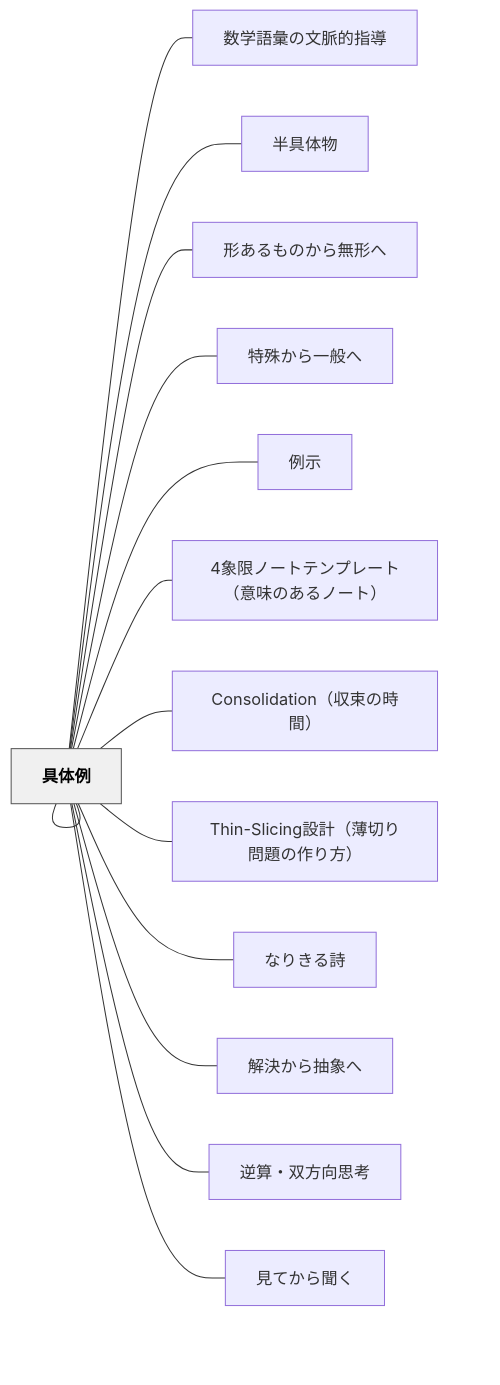
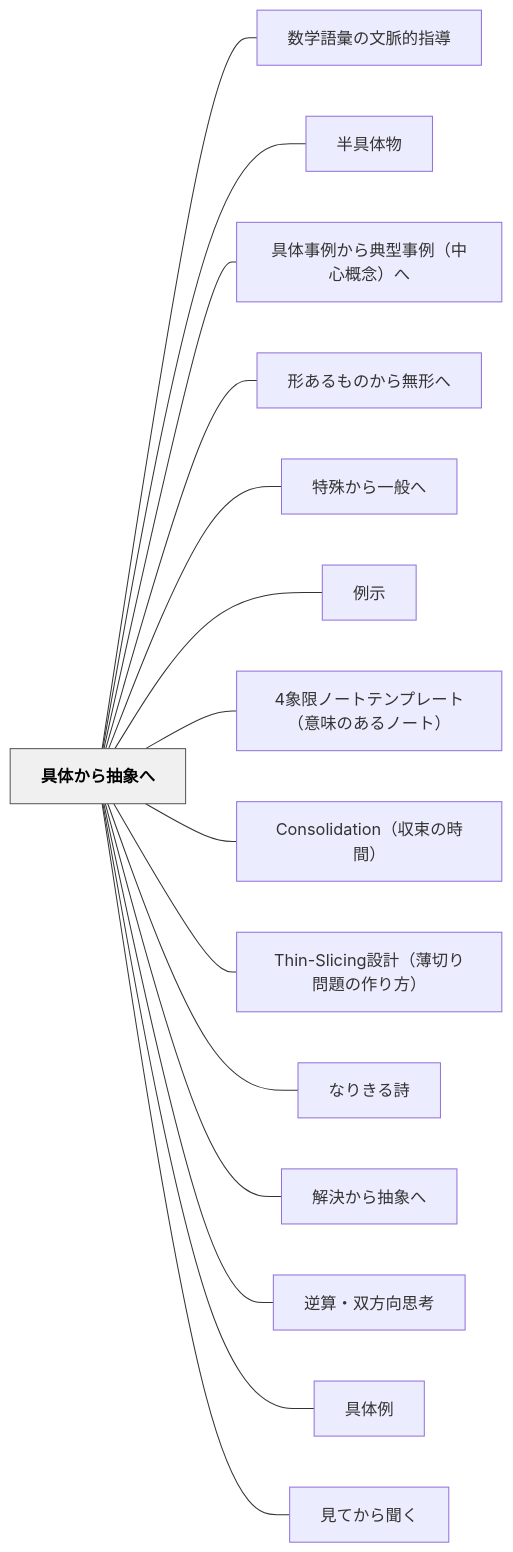
Before and after one commit to unknownthings-ed-patterns/unknownthings-ed-patterns: the diagram in content/パタン/具体から抽象へ.md, drawn with Mermaid. The commit also changed 527 other files, not shown here.

````diff
--- a/content/パタン/具体から抽象へ.md
+++ b/content/パタン/具体から抽象へ.md
@@ -45,36 +45,36 @@
 ```mermaid
 flowchart LR
-    ne585b7e4bd93["具体から抽象へ"]
-    ne695b0e5ada6["数学語彙の文脈的指導"]
-    ne58d8ae585b7["半具体物"]
-    ne585b7e4bd93["具体事例から典型事例（中心概念）へ"]
-    ne5bda2e38182["形あるものから無形へ"]
-    ne789b9e6ae8a["特殊から一般へ"]
+    ne585b7e4bd93e3818be38289e68abde8b1a1e381b8["具体から抽象へ"]
+    ne695b0e5ada6e8aa9ee5bd99e381aee69687e88488e79a84e68c87e5b08e["数学語彙の文脈的指導"]
+    ne58d8ae585b7e4bd93e789a9["半具体物"]
+    ne585b7e4bd93e4ba8be4be8be3818be38289e585b8e59e8be4ba8be4be8befbc88e4b8ade5bf83e6a682e5bfb5efbc89e381b8["具体事例から典型事例（中心概念）へ"]
+    ne5bda2e38182e3828be38282e381aee3818be38289e784a1e5bda2e381b8["形あるものから無形へ"]
+    ne789b9e6ae8ae3818be38289e4b880e888ace381b8["特殊から一般へ"]
     ne4be8be7a4ba["例示"]
-    n34e8b1a1e999["4象限ノートテンプレート（意味のあるノート）"]
-    n436f6e736f6c["Consolidation（収束の時間）"]
-    n5468696e2d53["Thin-Slicing設計（薄切り問題の作り方）"]
-    ne381aae3828a["なりきる詩"]
-    ne8a7a3e6b1ba["解決から抽象へ"]
-    ne98086e7ae97["逆算・双方向思考"]
-    ne585b7e4bd93["具体例"]
-    ne8a68be381a6["見てから聞く"]
+    n34e8b1a1e99990e3838ee383bce38388e38386e383b3e38397e383ace383bce38388efbc88e6848fe591b3e381aee38182e3828be3838ee383bce38388efbc89["4象限ノートテンプレート（意味のあるノート）"]
+    n436f6e736f6c69646174696f6eefbc88e58f8ee69d9fe381aee69982e99693efbc89["Consolidation（収束の時間）"]
+    n5468696e2d536c6963696e67e8a8ade8a888efbc88e89684e58887e3828ae5958fe9a18ce381aee4bd9ce3828ae696b9efbc89["Thin-Slicing設計（薄切り問題の作り方）"]
+    ne381aae3828ae3818de3828be8a9a9["なりきる詩"]
+    ne8a7a3e6b1bae3818be38289e68abde8b1a1e381b8["解決から抽象へ"]
+    ne98086e7ae97e383bbe58f8ce696b9e59091e6809de88083["逆算・双方向思考"]
+    ne585b7e4bd93e4be8b["具体例"]
+    ne8a68be381a6e3818be38289e8819ee3818f["見てから聞く"]
 
-    ne585b7e4bd93 --- ne695b0e5ada6
-    ne585b7e4bd93 --- ne58d8ae585b7
-    ne585b7e4bd93 --- ne585b7e4bd93
-    ne585b7e4bd93 --- ne5bda2e38182
-    ne585b7e4bd93 --- ne789b9e6ae8a
-    ne585b7e4bd93 --- ne4be8be7a4ba
-    ne585b7e4bd93 --- n34e8b1a1e999
-    ne585b7e4bd93 --- n436f6e736f6c
-    ne585b7e4bd93 --- n5468696e2d53
-    ne585b7e4bd93 --- ne381aae3828a
-    ne585b7e4bd93 --- ne8a7a3e6b1ba
-    ne585b7e4bd93 --- ne98086e7ae97
-    ne585b7e4bd93 --- ne585b7e4bd93
-    ne585b7e4bd93 --- ne8a68be381a6
+    ne585b7e4bd93e3818be38289e68abde8b1a1e381b8 --- ne695b0e5ada6e8aa9ee5bd99e381aee69687e88488e79a84e68c87e5b08e
+    ne585b7e4bd93e3818be38289e68abde8b1a1e381b8 --- ne58d8ae585b7e4bd93e789a9
+    ne585b7e4bd93e3818be38289e68abde8b1a1e381b8 --- ne585b7e4bd93e4ba8be4be8be3818be38289e585b8e59e8be4ba8be4be8befbc88e4b8ade5bf83e6a682e5bfb5efbc89e381b8
+    ne585b7e4bd93e3818be38289e68abde8b1a1e381b8 --- ne5bda2e38182e3828be38282e381aee3818be38289e784a1e5bda2e381b8
+    ne585b7e4bd93e3818be38289e68abde8b1a1e381b8 --- ne789b9e6ae8ae3818be38289e4b880e888ace381b8
+    ne585b7e4bd93e3818be38289e68abde8b1a1e381b8 --- ne4be8be7a4ba
+    ne585b7e4bd93e3818be38289e68abde8b1a1e381b8 --- n34e8b1a1e99990e3838ee383bce38388e38386e383b3e38397e383ace383bce38388efbc88e6848fe591b3e381aee38182e3828be3838ee383bce38388efbc89
+    ne585b7e4bd93e3818be38289e68abde8b1a1e381b8 --- n436f6e736f6c69646174696f6eefbc88e58f8ee69d9fe381aee69982e99693efbc89
+    ne585b7e4bd93e3818be38289e68abde8b1a1e381b8 --- n5468696e2d536c6963696e67e8a8ade8a888efbc88e89684e58887e3828ae5958fe9a18ce381aee4bd9ce3828ae696b9efbc89
+    ne585b7e4bd93e3818be38289e68abde8b1a1e381b8 --- ne381aae3828ae3818de3828be8a9a9
+    ne585b7e4bd93e3818be38289e68abde8b1a1e381b8 --- ne8a7a3e6b1bae3818be38289e68abde8b1a1e381b8
+    ne585b7e4bd93e3818be38289e68abde8b1a1e381b8 --- ne98086e7ae97e383bbe58f8ce696b9e59091e6809de88083
+    ne585b7e4bd93e3818be38289e68abde8b1a1e381b8 --- ne585b7e4bd93e4be8b
+    ne585b7e4bd93e3818be38289e68abde8b1a1e381b8 --- ne8a68be381a6e3818be38289e8819ee3818f
 
     classDef hub fill:#f0f0f0,stroke:#555,color:#000,font-weight:bold
-    class ne585b7e4bd93 hub
+    class ne585b7e4bd93e3818be38289e68abde8b1a1e381b8 hub
 ```
````
